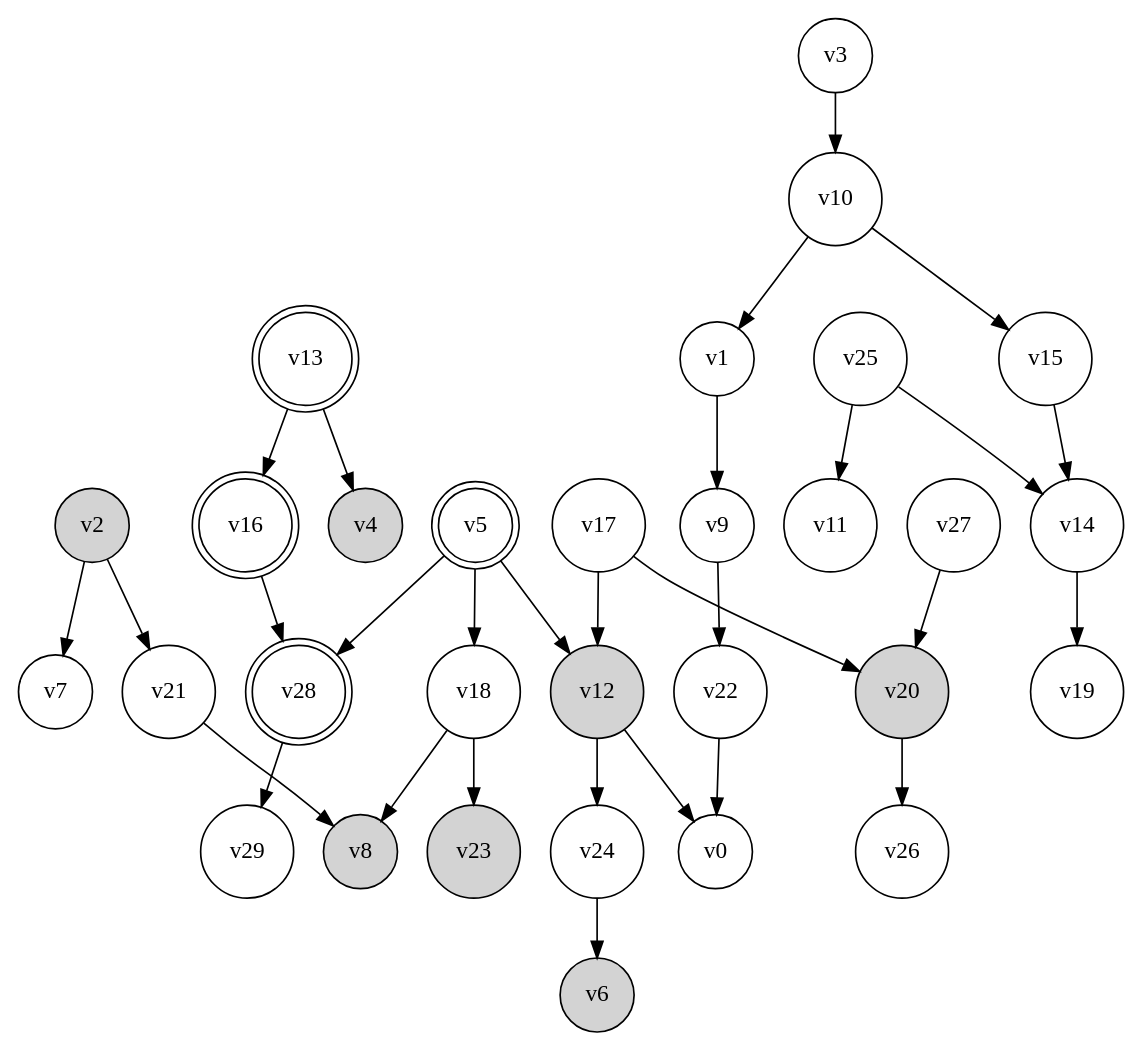
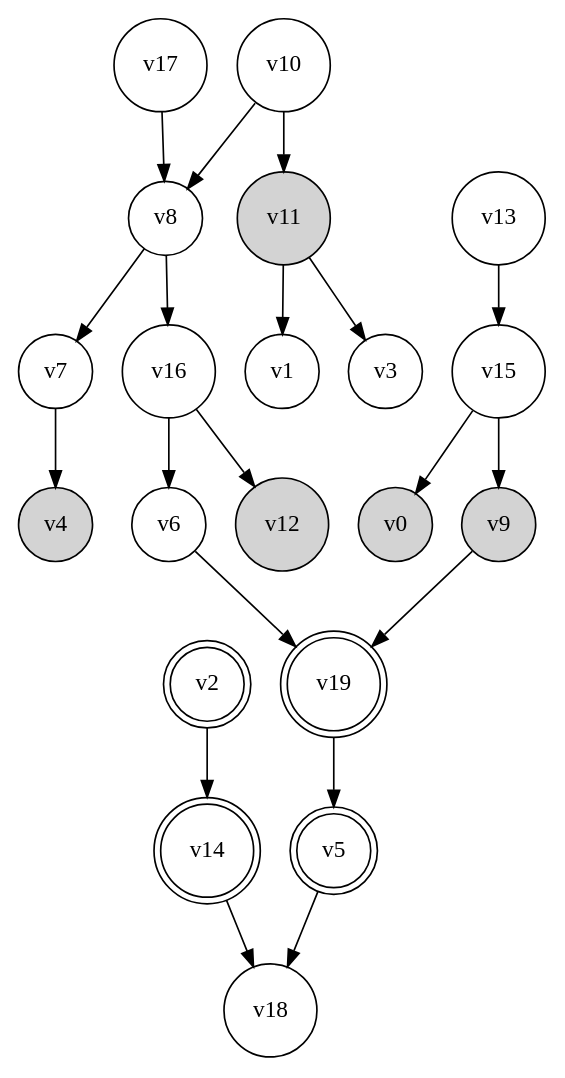
One commit to arthurhaiying/TestingBayesianNetwork changed the diagram in polytree_query_3.gv. Above: the diagram before and after it, drawn with Graphviz. The commit also changed 116 other files, not shown here.

```diff
--- a/polytree_query_3.gv
+++ b/polytree_query_3.gv
@@ -1,62 +1,42 @@
 digraph {
 	rankdir=TD
-	v0 [shape=circle]
+	v0 [shape=circle style=filled]
 	v1 [shape=circle]
-	v2 [shape=circle style=filled]
+	v2 [shape=doublecircle]
 	v3 [shape=circle]
 	v4 [shape=circle style=filled]
 	v5 [shape=doublecircle]
-	v6 [shape=circle style=filled]
+	v6 [shape=circle]
 	v7 [shape=circle]
-	v8 [shape=circle style=filled]
-	v9 [shape=circle]
+	v8 [shape=circle]
+	v9 [shape=circle style=filled]
 	v10 [shape=circle]
-	v11 [shape=circle]
+	v11 [shape=circle style=filled]
 	v12 [shape=circle style=filled]
-	v13 [shape=doublecircle]
-	v14 [shape=circle]
+	v13 [shape=circle]
+	v14 [shape=doublecircle]
 	v15 [shape=circle]
-	v16 [shape=doublecircle]
+	v16 [shape=circle]
 	v17 [shape=circle]
 	v18 [shape=circle]
-	v19 [shape=circle]
-	v20 [shape=circle style=filled]
-	v21 [shape=circle]
-	v22 [shape=circle]
-	v23 [shape=circle style=filled]
-	v24 [shape=circle]
-	v25 [shape=circle]
-	v26 [shape=circle]
-	v27 [shape=circle]
-	v28 [shape=doublecircle]
-	v29 [shape=circle]
-	v1 -> v9
-	v2 -> v21
-	v2 -> v7
-	v3 -> v10
-	v5 -> v28
+	v19 [shape=doublecircle]
+	v2 -> v14
 	v5 -> v18
-	v5 -> v12
-	v9 -> v22
-	v10 -> v1
-	v10 -> v15
-	v12 -> v24
-	v12 -> v0
-	v13 -> v4
-	v13 -> v16
-	v14 -> v19
-	v15 -> v14
-	v16 -> v28
-	v17 -> v12
-	v17 -> v20
-	v18 -> v8
-	v18 -> v23
-	v20 -> v26
-	v21 -> v8
-	v22 -> v0
-	v24 -> v6
-	v25 -> v14
-	v25 -> v11
-	v27 -> v20
-	v28 -> v29
+	v6 -> v19
+	v7 -> v4
+	v8 -> v7
+	v8 -> v16
+	v9 -> v19
+	v10 -> v8
+	v10 -> v11
+	v11 -> v1
+	v11 -> v3
+	v13 -> v15
+	v14 -> v18
+	v15 -> v0
+	v15 -> v9
+	v16 -> v12
+	v16 -> v6
+	v17 -> v8
+	v19 -> v5
 }
```
